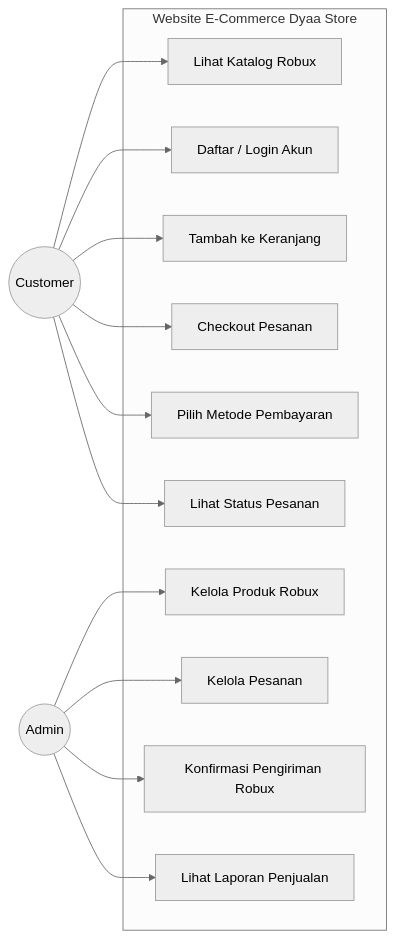
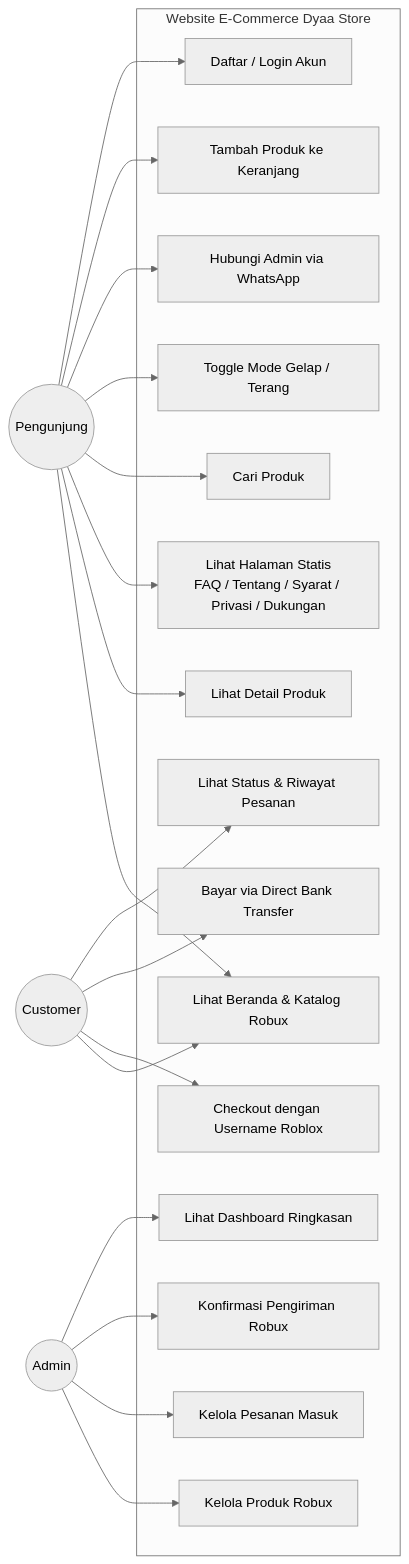
One commit to WahyuNimcoo/skripsi-dyaastore-wahyu changed the first of 5 diagrams in docs/02-perancangan-uml.md. Above: the diagram before and after it, drawn with Mermaid (neutral theme). The commit also changed other lines of this file and 8 other files, not shown here.

````diff
--- a/docs/02-perancangan-uml.md
+++ b/docs/02-perancangan-uml.md
@@ -8,29 +15,43 @@
 ```mermaid
 flowchart LR
+    Pengunjung((Pengunjung))
     Customer((Customer))
     Admin((Admin))
 
     subgraph Sistem["Website E-Commerce Dyaa Store"]
-        UC1[Lihat Katalog Robux]
-        UC2[Daftar / Login Akun]
-        UC3[Tambah ke Keranjang]
-        UC4[Checkout Pesanan]
-        UC5[Pilih Metode Pembayaran]
-        UC6[Lihat Status Pesanan]
-        UC7[Kelola Produk Robux]
-        UC8[Kelola Pesanan]
-        UC9[Konfirmasi Pengiriman Robux]
-        UC10[Lihat Laporan Penjualan]
+        UC1[Lihat Beranda & Katalog Robux]
+        UC2[Lihat Detail Produk]
+        UC3[Lihat Halaman Statis<br/>FAQ / Tentang / Syarat / Privasi / Dukungan]
+        UC4[Cari Produk]
+        UC5[Toggle Mode Gelap / Terang]
+        UC6[Hubungi Admin via WhatsApp]
+        UC7[Tambah Produk ke Keranjang]
+        UC8[Daftar / Login Akun]
+        UC9[Checkout dengan Username Roblox]
+        UC10[Bayar via Direct Bank Transfer]
+        UC11[Lihat Status & Riwayat Pesanan]
+        UC12[Kelola Produk Robux]
+        UC13[Kelola Pesanan Masuk]
+        UC14[Konfirmasi Pengiriman Robux]
+        UC15[Lihat Dashboard Ringkasan]
     end
 
+    Pengunjung --> UC1
+    Pengunjung --> UC2
+    Pengunjung --> UC3
+    Pengunjung --> UC4
+    Pengunjung --> UC5
+    Pengunjung --> UC6
+    Pengunjung --> UC7
+    Pengunjung --> UC8
+
     Customer --> UC1
-    Customer --> UC2
-    Customer --> UC3
-    Customer --> UC4
-    Customer --> UC5
-    Customer --> UC6
-    Admin --> UC7
-    Admin --> UC8
-    Admin --> UC9
-    Admin --> UC10
+    Customer --> UC9
+    Customer --> UC10
+    Customer --> UC11
+
+    Admin --> UC12
+    Admin --> UC13
+    Admin --> UC14
+    Admin --> UC15
 ```
````
